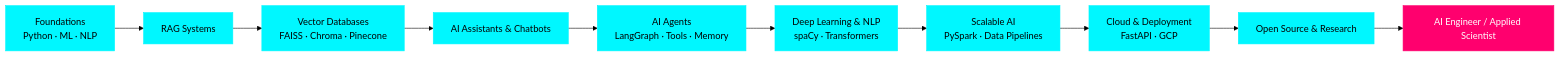
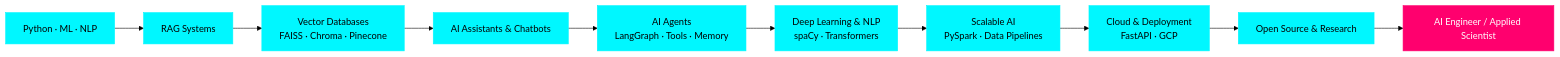
The diagram in README.md (AbhiGupta1310/AbhiGupta1310), drawn with Mermaid (forest theme) before and after one commit.

````diff
--- a/README.md
+++ b/README.md
@@ -195,24 +195,24 @@
 ```mermaid
 graph LR
-    A[Foundations<br/>Python · ML · NLP] --> B[RAG Systems]
+    A[Python · ML · NLP] --> B[RAG Systems]
     B --> C[Vector Databases<br/>FAISS · Chroma · Pinecone]
     C --> D[AI Assistants & Chatbots]
     D --> E[AI Agents<br/>LangGraph · Tools · Memory]
     E --> F[Deep Learning & NLP<br/>spaCy · Transformers]
     F --> G[Scalable AI<br/>PySpark · Data Pipelines]
     G --> H[Cloud & Deployment<br/>FastAPI · GCP]
     H --> I[Open Source & Research]
     I --> J[AI Engineer / Applied Scientist]
 
     style A fill:#00f7ff,stroke:#00f7ff,color:#000
     style B fill:#00f7ff,stroke:#00f7ff,color:#000
     style C fill:#00f7ff,stroke:#00f7ff,color:#000
     style D fill:#00f7ff,stroke:#00f7ff,color:#000
     style E fill:#00f7ff,stroke:#00f7ff,color:#000
     style F fill:#00f7ff,stroke:#00f7ff,color:#000
     style G fill:#00f7ff,stroke:#00f7ff,color:#000
     style H fill:#00f7ff,stroke:#00f7ff,color:#000
     style I fill:#00f7ff,stroke:#00f7ff,color:#000
     style J fill:#ff006e,stroke:#ff006e,color:#fff
 
 ```
````
